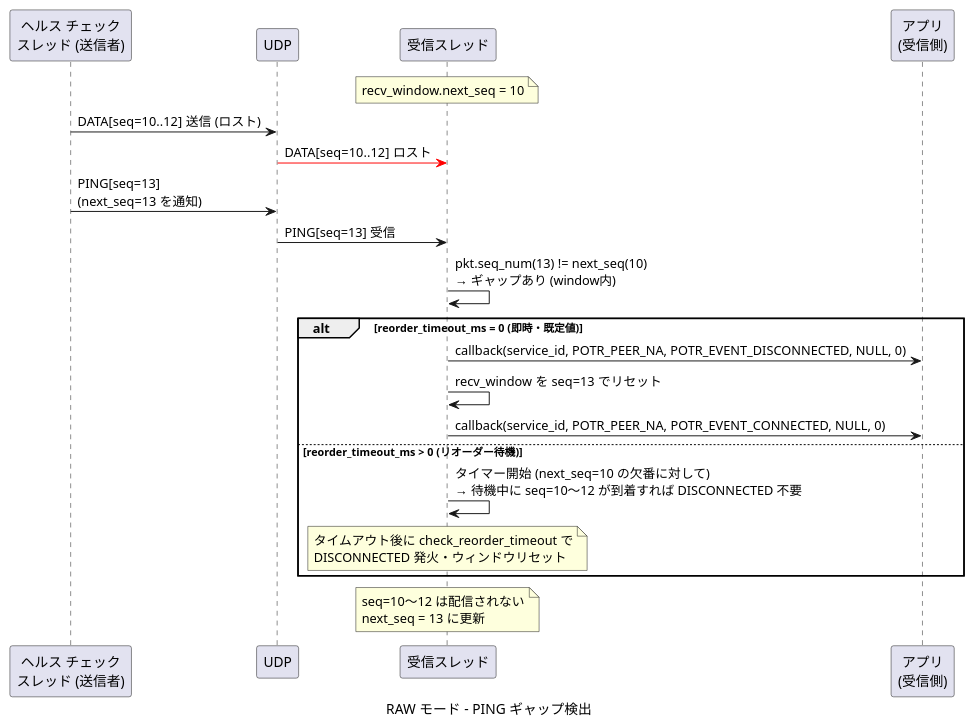
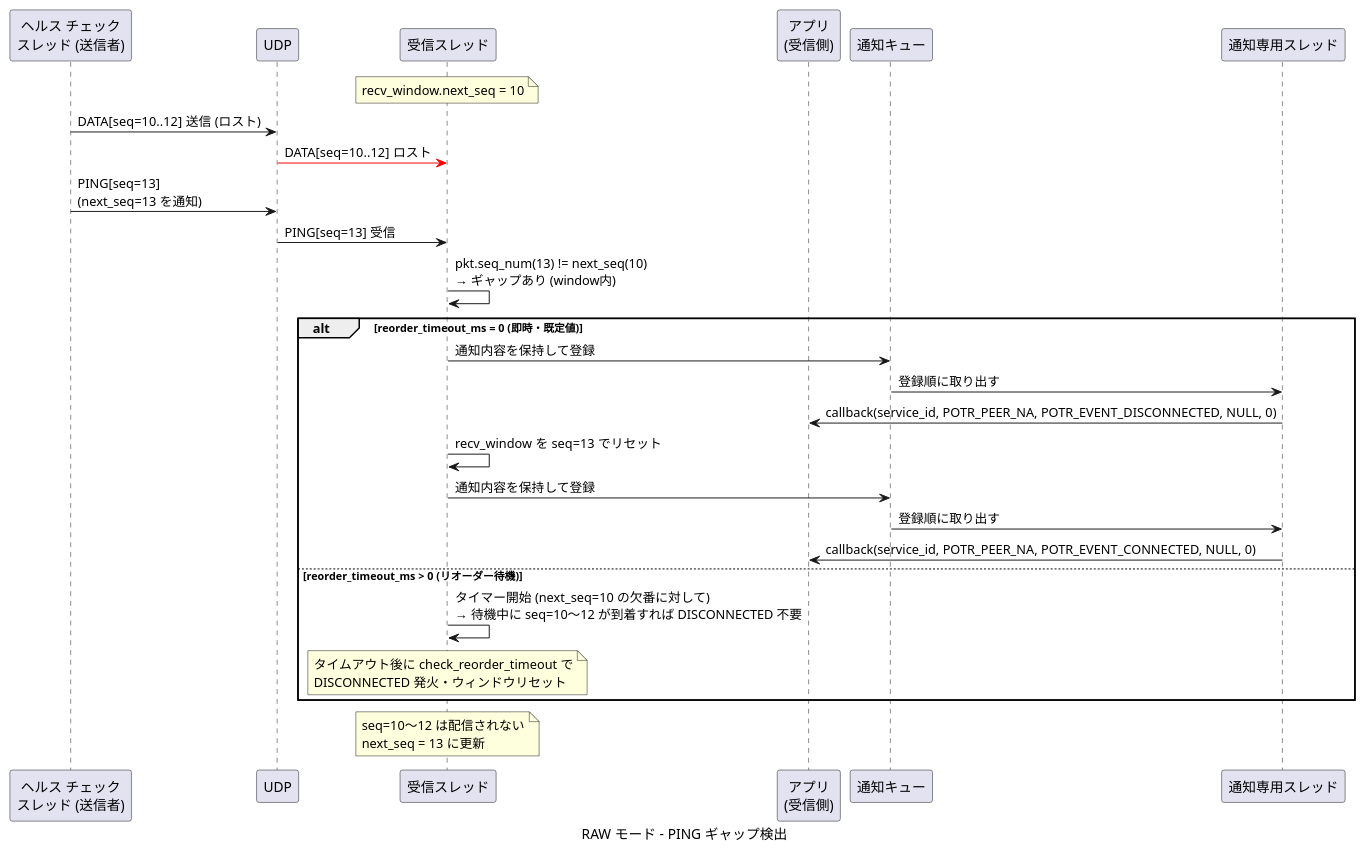
Before and after one commit to Hondarer/app_porter: the ninth of 10 diagrams in docs/sequence-data.md, drawn with PlantUML. The commit also changed other lines of this file and 52 other files, not shown here.

````diff
--- a/docs/sequence-data.md
+++ b/docs/sequence-data.md
@@ -332,32 +380,38 @@
 ```plantuml
 @startuml RAW モード - PING ギャップ検出
 caption RAW モード - PING ギャップ検出
 
 participant "ヘルス チェック\nスレッド (送信者)" as HT
 participant "UDP" as UDP
 participant "受信スレッド" as RRT
 participant "アプリ\n(受信側)" as RAPP
+participant "通知キュー" as NQ
+participant "通知専用スレッド" as NT
 
 note over RRT: recv_window.next_seq = 10
 
 HT -> UDP: DATA[seq=10..12] 送信 (ロスト)
 UDP -[#red]> RRT: DATA[seq=10..12] ロスト
 
 HT -> UDP: PING[seq=13]\n(next_seq=13 を通知)
 UDP -> RRT: PING[seq=13] 受信
 
 RRT -> RRT: pkt.seq_num(13) != next_seq(10)\n→ ギャップあり (window内)
 
 alt reorder_timeout_ms = 0 (即時・既定値)
-  RRT -> RAPP: callback(service_id, POTR_PEER_NA, POTR_EVENT_DISCONNECTED, NULL, 0)
+  RRT -> NQ: 通知内容を保持して登録
+  NQ -> NT: 登録順に取り出す
+  NT -> RAPP: callback(service_id, POTR_PEER_NA, POTR_EVENT_DISCONNECTED, NULL, 0)
   RRT -> RRT: recv_window を seq=13 でリセット
-  RRT -> RAPP: callback(service_id, POTR_PEER_NA, POTR_EVENT_CONNECTED, NULL, 0)
+  RRT -> NQ: 通知内容を保持して登録
+  NQ -> NT: 登録順に取り出す
+  NT -> RAPP: callback(service_id, POTR_PEER_NA, POTR_EVENT_CONNECTED, NULL, 0)
 else reorder_timeout_ms > 0 (リオーダー待機)
   RRT -> RRT: タイマー開始 (next_seq=10 の欠番に対して)\n→ 待機中に seq=10〜12 が到着すれば DISCONNECTED 不要
   note over RRT: タイムアウト後に check_reorder_timeout で\nDISCONNECTED 発火・ウィンドウリセット
 end
 
 note over RRT: seq=10〜12 は配信されない\nnext_seq = 13 に更新
 
 @enduml
 ```
````
